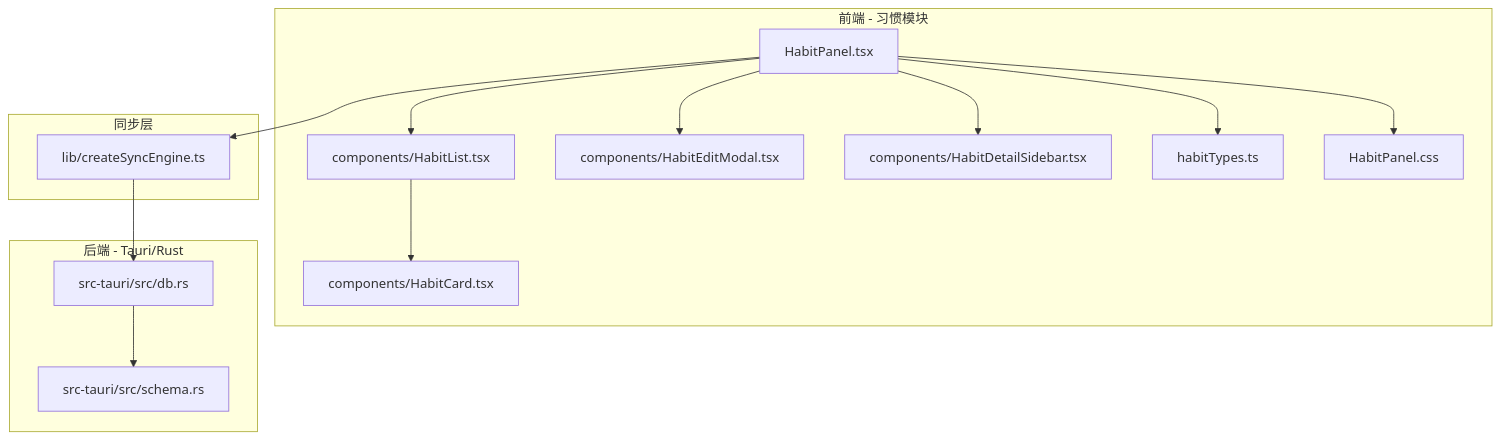
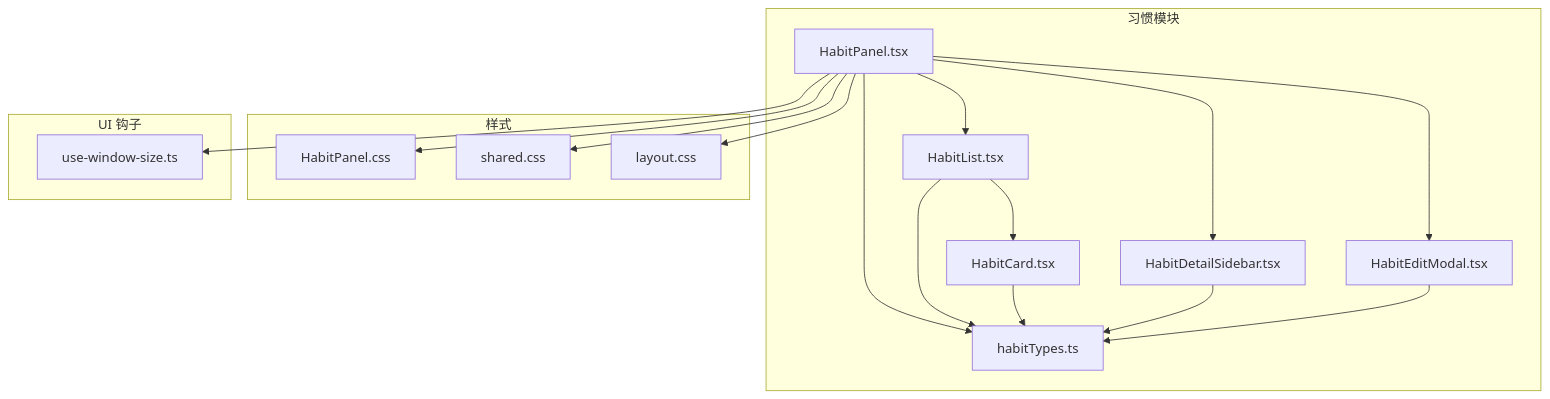
Before and after one commit to gzdxhujiale/FishWorker: the first of 7 diagrams in .qoder/repowiki/zh/content/核心功能模块/习惯追踪系统.md, drawn with Mermaid. The commit also changed other lines of this file and 238 other files, not shown here.

````diff
--- a/.qoder/repowiki/zh/content/核心功能模块/习惯追踪系统.md
+++ b/.qoder/repowiki/zh/content/核心功能模块/习惯追踪系统.md
@@ -44,28 +43,32 @@
 ```mermaid
 graph TB
-subgraph "前端 - 习惯模块"
+subgraph "习惯模块"
 HP["HabitPanel.tsx"]
-HL["components/HabitList.tsx"]
-HC["components/HabitCard.tsx"]
-HM["components/HabitEditModal.tsx"]
-HS["components/HabitDetailSidebar.tsx"]
+HL["HabitList.tsx"]
+HC["HabitCard.tsx"]
+HDS["HabitDetailSidebar.tsx"]
+HEM["HabitEditModal.tsx"]
 HT["habitTypes.ts"]
-HCSS["HabitPanel.css"]
 end
-subgraph "同步层"
-SYNC["lib/createSyncEngine.ts"]
+subgraph "样式"
+CSS_HP["HabitPanel.css"]
+CSS_SHARED["shared.css"]
+CSS_LAYOUT["layout.css"]
 end
-subgraph "后端 - Tauri/Rust"
-DB["src-tauri/src/db.rs"]
-SCHEMA["src-tauri/src/schema.rs"]
+subgraph "UI 钩子"
+UWS["use-window-size.ts"]
 end
 HP --> HL
 HL --> HC
-HP --> HM
-HP --> HS
+HP --> HDS
+HP --> HEM
 HP --> HT
-HP --> HCSS
-HP --> SYNC
-SYNC --> DB
-DB --> SCHEMA
+HL --> HT
+HC --> HT
+HDS --> HT
+HEM --> HT
+HP --> CSS_HP
+HP --> CSS_SHARED
+HP --> CSS_LAYOUT
+HP --> UWS
 ```
````
